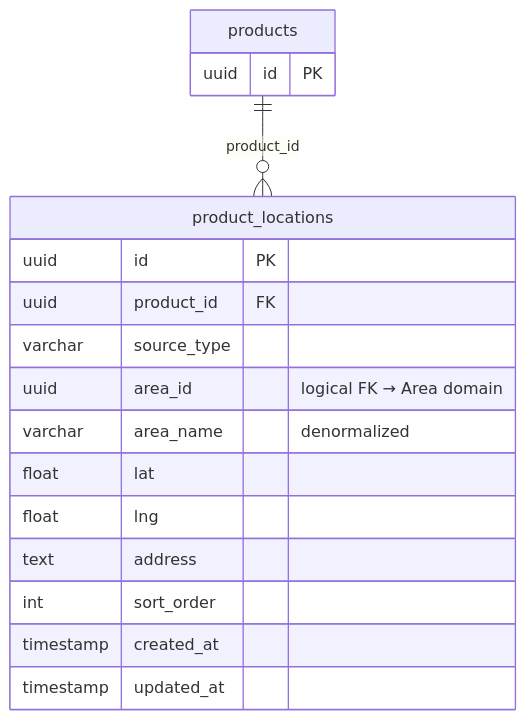
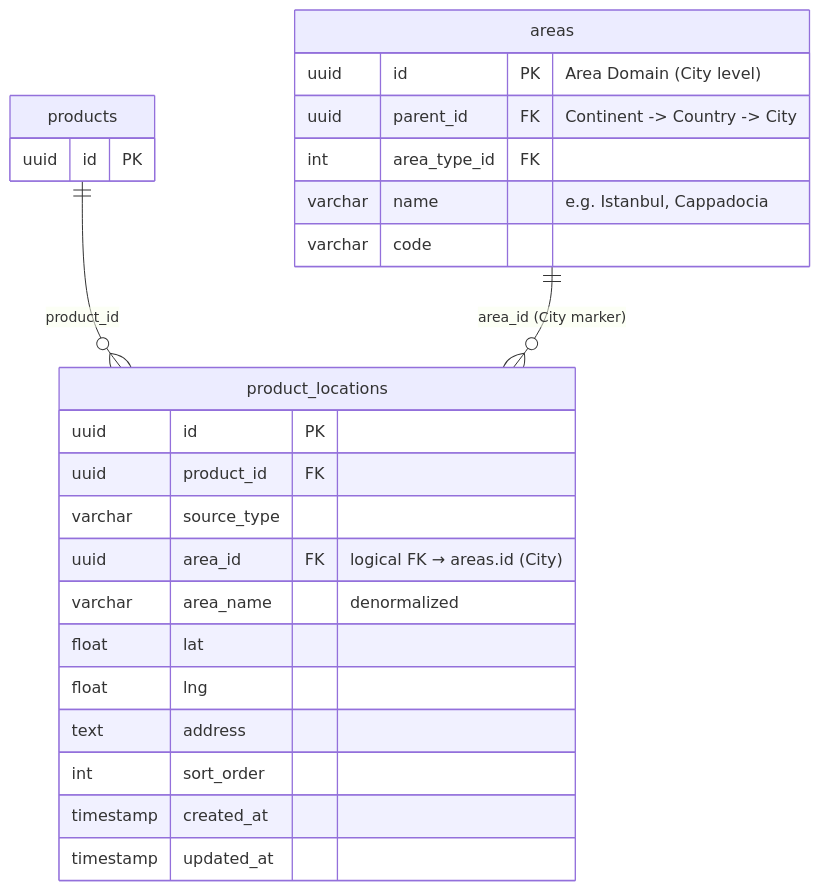
Before and after one commit to Haris-saifudin/hobiholidays-documentations: the fourth of 7 diagrams in product-technical-design.md, drawn with Mermaid. The commit also changed other lines of this file and 1 other file, not shown here.

Commit message:
refactor: remove product categories and FAQs while integrating an area domain for location management in technical design documentation

````diff
--- a/product-technical-design.md
+++ b/product-technical-design.md
@@ -502,22 +461,31 @@
 ```mermaid
 erDiagram
     products {
         uuid id PK
     }
 
+    areas {
+        uuid      id             PK "Area Domain (City level)"
+        uuid      parent_id      FK "Continent -> Country -> City"
+        int       area_type_id   FK
+        varchar   name           "e.g. Istanbul, Cappadocia"
+        varchar   code
+    }
+
     product_locations {
         uuid      id          PK
         uuid      product_id  FK
         varchar   source_type
-        uuid      area_id     "logical FK → Area domain"
+        uuid      area_id     FK "logical FK → areas.id (City)"
         varchar   area_name   "denormalized"
         float     lat
         float     lng
         text      address
         int       sort_order
         timestamp created_at
         timestamp updated_at
     }
 
     products ||--o{ product_locations : "product_id"
+    areas    ||--o{ product_locations : "area_id (City marker)"
 ```
````
